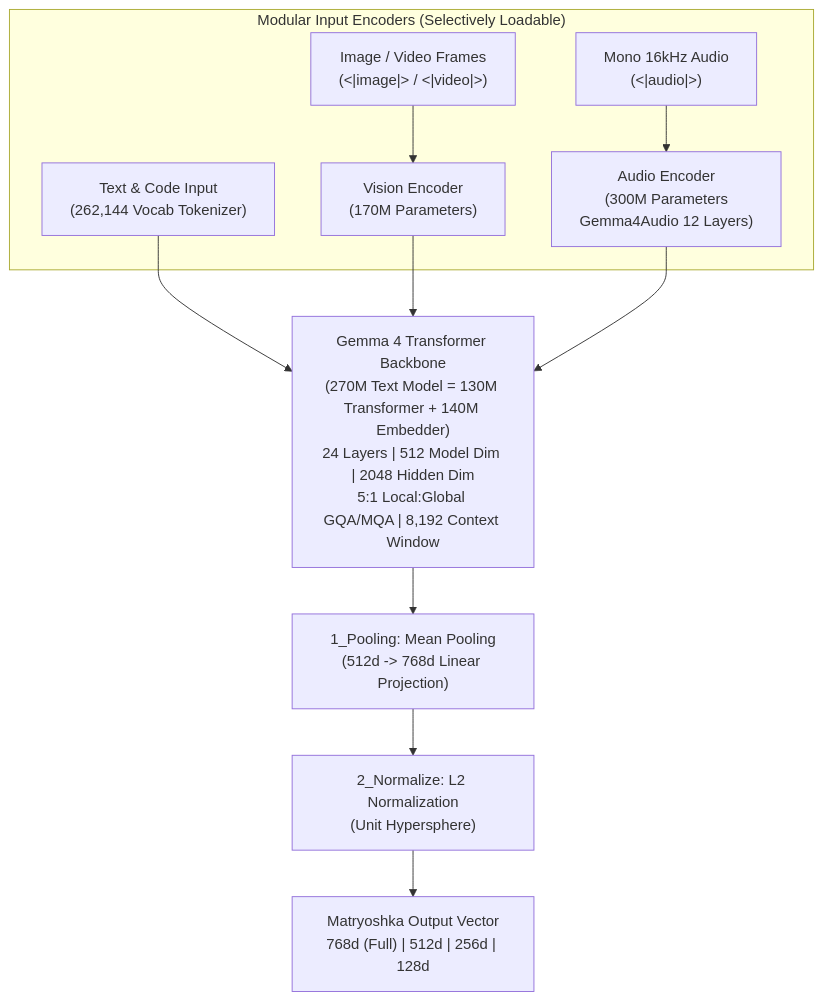
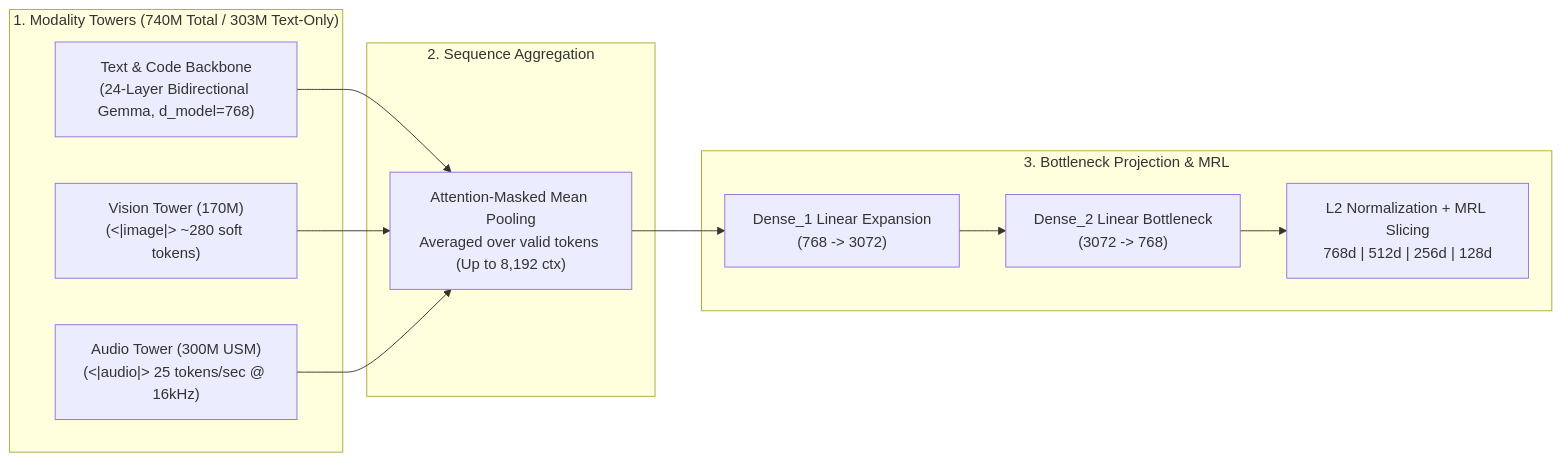
One commit to ajithvnr2001/sarvam-docs changed the diagram in rag-embeddinggemma2-course/course/02_embeddinggemma2_architecture.md. Above: the diagram before and after it, drawn with Mermaid. The commit also changed other lines of this file and 14 other files, not shown here.

Commit message:
Fix all GFM/KaTeX/Mermaid lint issues & upgrade all 11 RAG course modules to MIT-Professor 4-pillar standard

````diff
--- a/rag-embeddinggemma2-course/course/02_embeddinggemma2_architecture.md
+++ b/rag-embeddinggemma2-course/course/02_embeddinggemma2_architecture.md
@@ -14,16 +24,20 @@
 ```mermaid
-flowchart TD
-    subgraph Encoders["Modular Input Encoders (Selectively Loadable)"]
-        T["Text & Code Input\n(262,144 Vocab Tokenizer)"]
-        I["Image / Video Frames\n(<|image|> / <|video|>)"] --> VE["Vision Encoder\n(170M Parameters)"]
-        A["Mono 16kHz Audio\n(<|audio|>)"] --> AE["Audio Encoder\n(300M Parameters\nGemma4Audio 12 Layers)"]
+flowchart LR
+    subgraph Encoders["1. Modality Towers (740M Total / 303M Text-Only)"]
+        T["Text & Code Backbone<br/>(24-Layer Bidirectional Gemma, d_model=768)"]
+        V["Vision Tower (170M)<br/>(<|image|> ~280 soft tokens)"]
+        A["Audio Tower (300M USM)<br/>(<|audio|> 25 tokens/sec @ 16kHz)"]
     end
 
-    T --> BB["Gemma 4 Transformer Backbone\n(270M Text Model = 130M Transformer + 140M Embedder)\n24 Layers | 512 Model Dim | 2048 Hidden Dim\n5:1 Local:Global GQA/MQA | 8,192 Context Window"]
-    VE --> BB
-    AE --> BB
+    subgraph Pooling["2. Sequence Aggregation"]
+        MP["Attention-Masked Mean Pooling<br/>Averaged over valid tokens (Up to 8,192 ctx)"]
+    end
 
-    BB --> Pool["1_Pooling: Mean Pooling\n(512d -> 768d Linear Projection)"]
-    Pool --> Norm["2_Normalize: L2 Normalization\n(Unit Hypersphere)"]
-    Norm --> MRL["Matryoshka Output Vector\n768d (Full) | 512d | 256d | 128d"]
+    subgraph Head["3. Bottleneck Projection & MRL"]
+        D1["Dense_1 Linear Expansion<br/>(768 -> 3072)"]
+        D2["Dense_2 Linear Bottleneck<br/>(3072 -> 768)"]
+        NORM["L2 Normalization + MRL Slicing<br/>768d | 512d | 256d | 128d"]
+    end
+
+    T & V & A --> MP --> D1 --> D2 --> NORM
 ```
````
